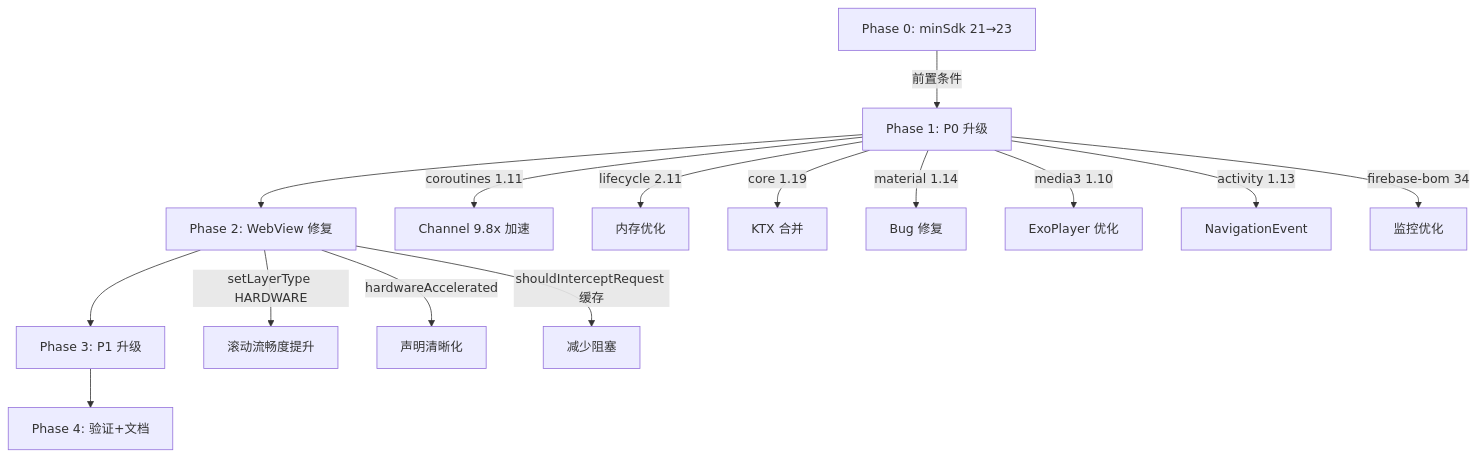
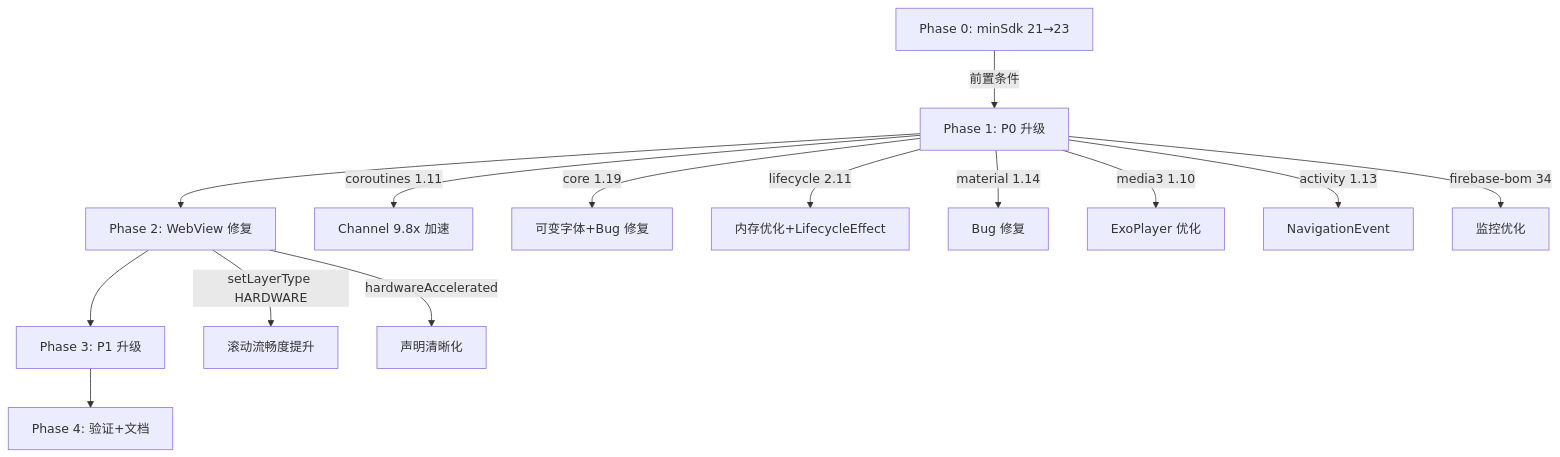
One commit to legado-backup/legado-m changed the diagram in docs/specs/dependency-upgrade-optimization/design.md. Above: the diagram before and after it, drawn with Mermaid. The commit also changed other lines of this file and 4 other files, not shown here.

````diff
--- a/docs/specs/dependency-upgrade-optimization/design.md
+++ b/docs/specs/dependency-upgrade-optimization/design.md
@@ -247,19 +254,18 @@
 ```mermaid
 graph TD
     A[Phase 0: minSdk 21→23] -->|前置条件| B[Phase 1: P0 升级]
     B --> C[Phase 2: WebView 修复]
     C --> D[Phase 3: P1 升级]
     D --> E[Phase 4: 验证+文档]
     
     B -->|coroutines 1.11| B1[Channel 9.8x 加速]
-    B -->|lifecycle 2.11| B2[内存优化]
-    B -->|core 1.19| B3[KTX 合并]
+    B -->|core 1.19| B2[可变字体+Bug 修复]
+    B -->|lifecycle 2.11| B3[内存优化+LifecycleEffect]
     B -->|material 1.14| B4[Bug 修复]
     B -->|media3 1.10| B5[ExoPlayer 优化]
     B -->|activity 1.13| B6[NavigationEvent]
     B -->|firebase-bom 34| B7[监控优化]
     
     C -->|setLayerType HARDWARE| C1[滚动流畅度提升]
     C -->|hardwareAccelerated| C2[声明清晰化]
-    C -->|shouldInterceptRequest 缓存| C3[减少阻塞]
 ```
````
